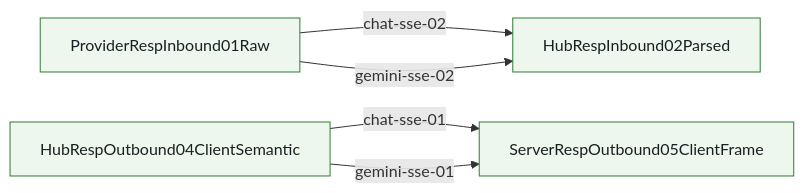
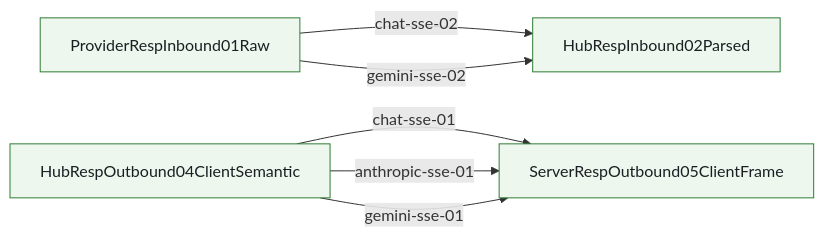
Before and after one commit to Jasonzhangf/routecodex: diagram 13 of 13 in docs/architecture/wiki/mainline-call-graph.md, drawn with Mermaid. The commit also changed other lines of this file and 16 other files, not shown here.

Commit message:
refactor(sse): move anthropic sequence to Rust

````diff
--- a/docs/architecture/wiki/mainline-call-graph.md
+++ b/docs/architecture/wiki/mainline-call-graph.md
@@ -528,18 +528,19 @@
 ```mermaid
 flowchart LR
   HubRespInbound02Parsed["HubRespInbound02Parsed"]
   ProviderRespInbound01Raw["ProviderRespInbound01Raw"]
   ServerRespOutbound05ClientFrame["ServerRespOutbound05ClientFrame"]
   HubRespOutbound04ClientSemantic["HubRespOutbound04ClientSemantic"]
   HubRespOutbound04ClientSemantic -->|chat-sse-01| ServerRespOutbound05ClientFrame
   ProviderRespInbound01Raw -->|chat-sse-02| HubRespInbound02Parsed
+  HubRespOutbound04ClientSemantic -->|anthropic-sse-01| ServerRespOutbound05ClientFrame
   HubRespOutbound04ClientSemantic -->|gemini-sse-01| ServerRespOutbound05ClientFrame
   ProviderRespInbound01Raw -->|gemini-sse-02| HubRespInbound02Parsed
   classDef anchored fill:#edf7ed,stroke:#2e7d32,stroke-width:1px,color:#1b1f23;
   classDef partial fill:#fff7e6,stroke:#b26a00,stroke-width:1px,color:#1b1f23;
   classDef pending fill:#f4f4f5,stroke:#6b7280,stroke-width:1px,stroke-dasharray: 5 5,color:#1b1f23;
   class HubRespOutbound04ClientSemantic anchored;
   class ServerRespOutbound05ClientFrame anchored;
   class ProviderRespInbound01Raw anchored;
   class HubRespInbound02Parsed anchored;
 ```
````
